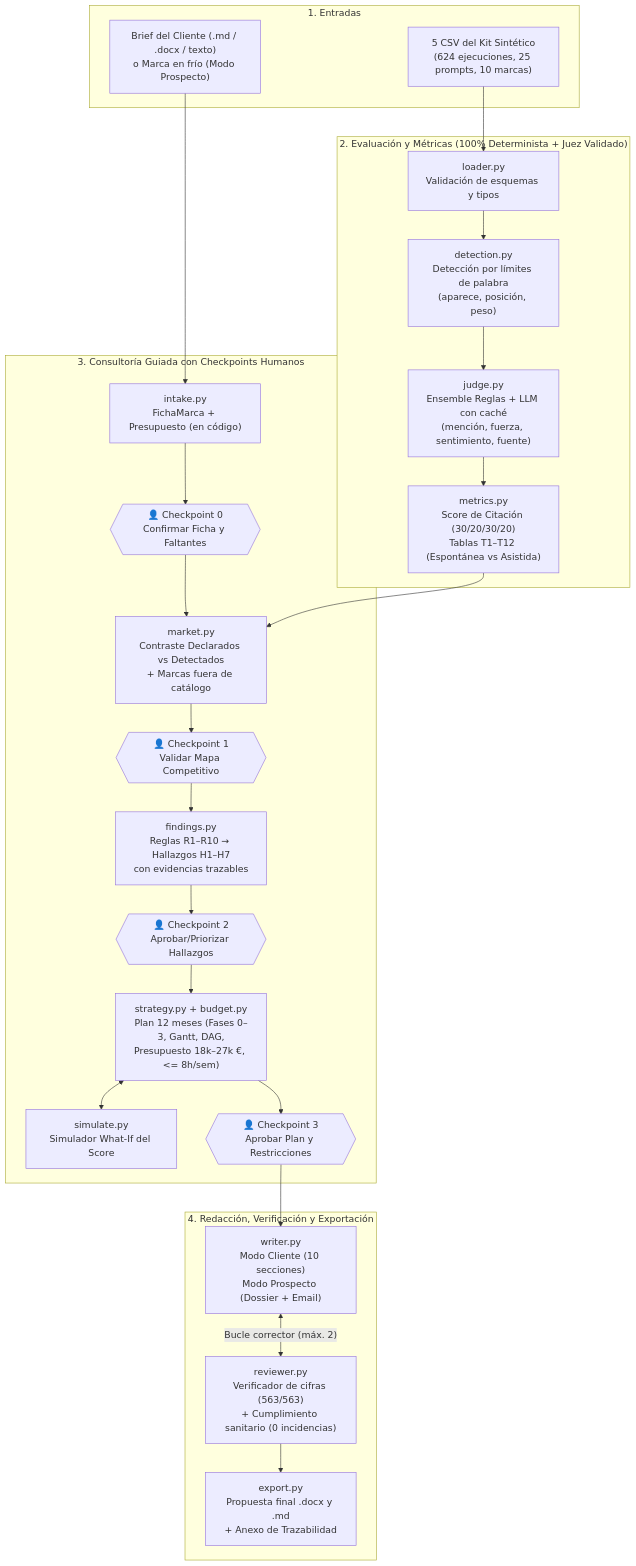
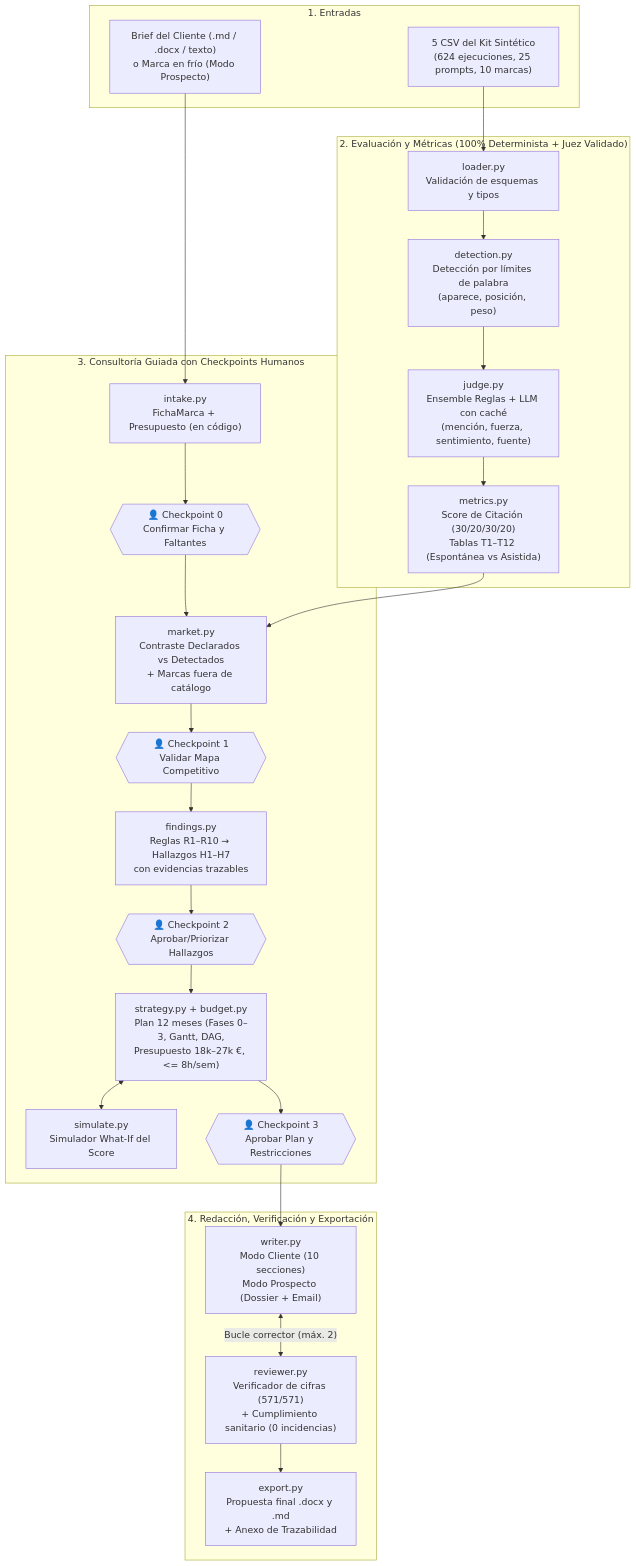
One commit to alexbernaldo/geo-copilot changed the diagram in ARQUITECTURA.md. Above: the diagram before and after it, drawn with Mermaid. The commit also changed other lines of this file and 16 other files, not shown here.

````diff
--- a/ARQUITECTURA.md
+++ b/ARQUITECTURA.md
@@ -11,43 +11,43 @@
 ```mermaid
 flowchart TD
     subgraph Entradas["1. Entradas"]
         CSV["5 CSV del Kit Sintético\n(624 ejecuciones, 25 prompts, 10 marcas)"]
         BRIEF["Brief del Cliente (.md / .docx / texto)\no Marca en frío (Modo Prospecto)"]
     end
 
     subgraph Evaluacion["2. Evaluación y Métricas (100% Determinista + Juez Validado)"]
         LOAD["loader.py\nValidación de esquemas y tipos"]
         DET["detection.py\nDetección por límites de palabra\n(aparece, posición, peso)"]
         JUDGE["judge.py\nEnsemble Reglas + LLM con caché\n(mención, fuerza, sentimiento, fuente)"]
         MET["metrics.py\nScore de Citación (30/20/30/20)\nTablas T1–T12 (Espontánea vs Asistida)"]
     end
 
     subgraph Consultoria["3. Consultoría Guiada con Checkpoints Humanos"]
         INT["intake.py\nFichaMarca + Presupuesto (en código)"]
         CP0{{"👤 Checkpoint 0\nConfirmar Ficha y Faltantes"}}
         MKT["market.py\nContraste Declarados vs Detectados\n+ Marcas fuera de catálogo"]
         CP1{{"👤 Checkpoint 1\nValidar Mapa Competitivo"}}
         FIND["findings.py\nReglas R1–R10 → Hallazgos H1–H7\ncon evidencias trazables"]
         CP2{{"👤 Checkpoint 2\nAprobar/Priorizar Hallazgos"}}
         STRAT["strategy.py + budget.py\nPlan 12 meses (Fases 0–3, Gantt, DAG,\nPresupuesto 18k–27k €, <= 8h/sem)"]
         SIM["simulate.py\nSimulador What-If del Score"]
         CP3{{"👤 Checkpoint 3\nAprobar Plan y Restricciones"}}
     end
 
     subgraph Salida["4. Redacción, Verificación y Exportación"]
         WRT["writer.py\nModo Cliente (10 secciones)\nModo Prospecto (Dossier + Email)"]
-        REV["reviewer.py\nVerificador de cifras (563/563)\n+ Cumplimiento sanitario (0 incidencias)"]
+        REV["reviewer.py\nVerificador de cifras (571/571)\n+ Cumplimiento sanitario (0 incidencias)"]
         EXP["export.py\nPropuesta final .docx y .md\n+ Anexo de Trazabilidad"]
     end
 
     CSV --> LOAD --> DET --> JUDGE --> MET
     BRIEF --> INT --> CP0
     CP0 --> MKT
     MET --> MKT --> CP1
     CP1 --> FIND --> CP2
     CP2 --> STRAT
     STRAT <--> SIM
     STRAT --> CP3 --> WRT
     WRT <-->|"Bucle corrector (máx. 2)"| REV
     REV --> EXP
 ```
````
